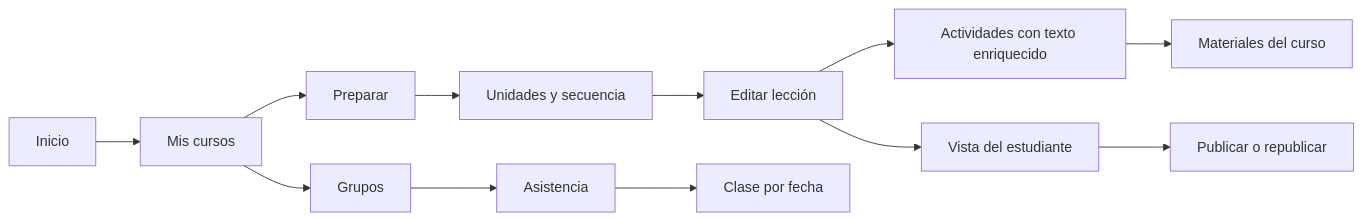
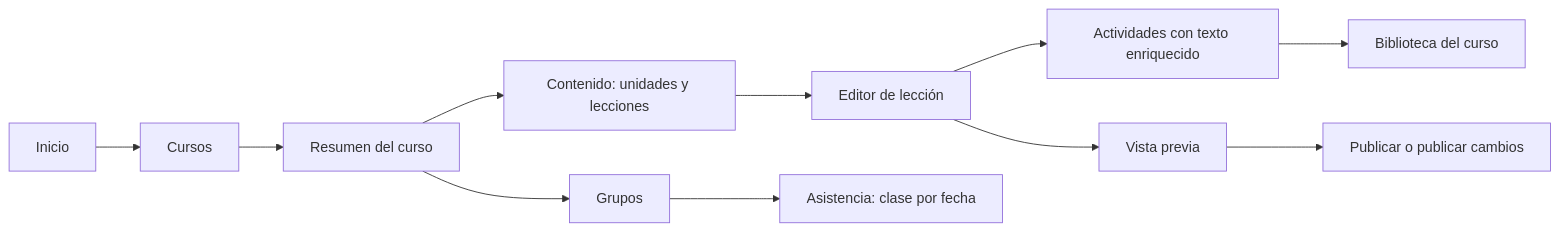
The first of 3 diagrams in docs/redesign/studio-flujos-y-diseno.md (happy-learners-gt/happy-learners-platform), drawn with Mermaid before and after one commit. The commit also changed other lines of this file and 10 other files, not shown here.

````diff
--- a/docs/redesign/studio-flujos-y-diseno.md
+++ b/docs/redesign/studio-flujos-y-diseno.md
@@ -7,14 +7,13 @@
 ```mermaid
 flowchart LR
-  H[Inicio] --> C[Mis cursos]
-  C --> P[Preparar]
-  P --> U[Unidades y secuencia]
-  U --> L[Editar lección]
+  H[Inicio] --> C[Cursos]
+  C --> R[Resumen del curso]
+  R --> K[Contenido: unidades y lecciones]
+  K --> L[Editor de lección]
   L --> E[Actividades con texto enriquecido]
-  E --> M[Materiales del curso]
-  L --> V[Vista del estudiante]
-  V --> R[Publicar o republicar]
-  C --> G[Grupos]
-  G --> A[Asistencia]
-  A --> S[Clase por fecha]
+  E --> M[Biblioteca del curso]
+  L --> V[Vista previa]
+  V --> P[Publicar o publicar cambios]
+  R --> G[Grupos]
+  G --> A[Asistencia: clase por fecha]
 ```
````
